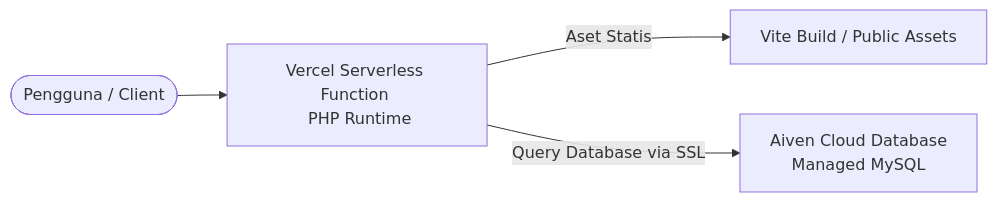
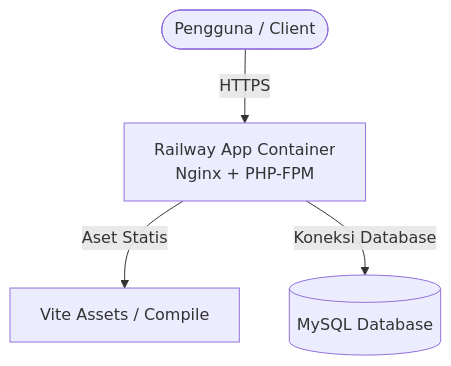
The diagram in DOKUMENTASI_DEPLOY.md (codewithtama/crud_uas_241011750041), drawn with Mermaid before and after one commit. The commit also changed other lines of this file and 4 other files, not shown here.

Commit message:
chore: migrate deployment platform from Vercel to Railway and update documentation

````diff
--- a/DOKUMENTASI_DEPLOY.md
+++ b/DOKUMENTASI_DEPLOY.md
@@ -14,6 +11,6 @@
 ```mermaid
-graph LR
-    User([Pengguna / Client]) --> Vercel[Vercel Serverless Function <br> PHP Runtime]
-    Vercel -->|Aset Statis| Vite[Vite Build / Public Assets]
-    Vercel -->|Query Database via SSL| Aiven[Aiven Cloud Database <br> Managed MySQL]
+graph TD
+    User([Pengguna / Client]) -->|HTTPS| RailwayApp[Railway App Container <br> Nginx + PHP-FPM]
+    RailwayApp -->|Aset Statis| Vite[Vite Assets / Compile]
+    RailwayApp -->|Koneksi Database| DB[(MySQL Database)]
 ```
````
